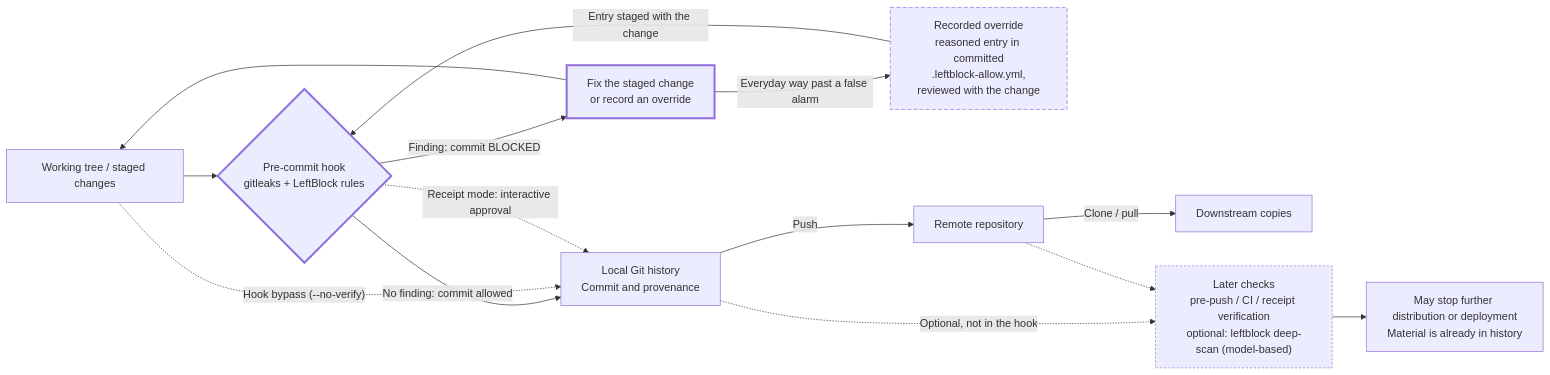
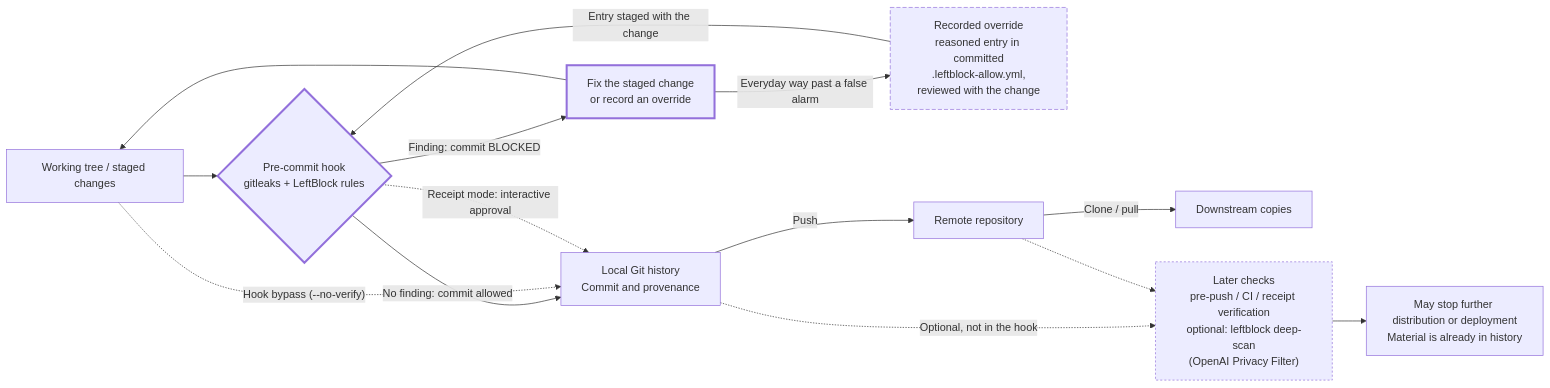
One commit to DataParade-io/LeftBlock changed the first of 2 diagrams in README.md. Above: the diagram before and after it, drawn with Mermaid. The commit also changed other lines of this file, not shown here.

Commit message:
docs: name the OpenAI Privacy Filter model in the intro, diagram and results

````diff
--- a/README.md
+++ b/README.md
@@ -7,22 +9,22 @@
 ```mermaid
 flowchart LR
     Work["Working tree / staged changes"] --> Check{"Pre-commit hook<br/>gitleaks + LeftBlock rules"}
     Check -->|"Finding: commit BLOCKED"| Block["Fix the staged change<br/>or record an override"]
     Block --> Work
     Allow["Recorded override<br/>reasoned entry in committed<br/>.leftblock-allow.yml,<br/>reviewed with the change"]
     Block -->|"Everyday way past a false alarm"| Allow
     Allow -->|"Entry staged with the change"| Check
     Check -->|"No finding: commit allowed"| History["Local Git history<br/>Commit and provenance"]
     History -->|Push| Remote["Remote repository"]
     Remote -->|Clone / pull| Copies["Downstream copies"]
     Work -.->|"Hook bypass (--no-verify)"| History
     Check -.->|"Receipt mode: interactive approval"| History
-    History -.->|"Optional, not in the hook"| Later["Later checks<br/>pre-push / CI / receipt verification<br/>optional: leftblock deep-scan (model-based)"]
+    History -.->|"Optional, not in the hook"| Later["Later checks<br/>pre-push / CI / receipt verification<br/>optional: leftblock deep-scan<br/>(OpenAI Privacy Filter)"]
     Remote -.-> Later
     Later --> Limit["May stop further distribution or deployment<br/>Material is already in history"]
 
     style Block stroke-width:3px
     style Check stroke-width:3px
     style Allow stroke-dasharray:6 3
     style Later stroke-dasharray:3 3
 ```
````
